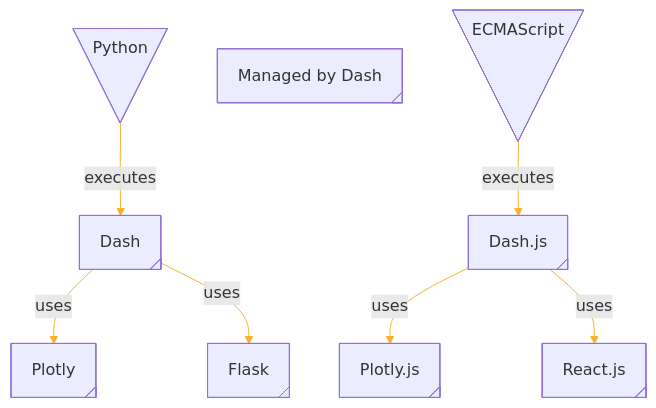
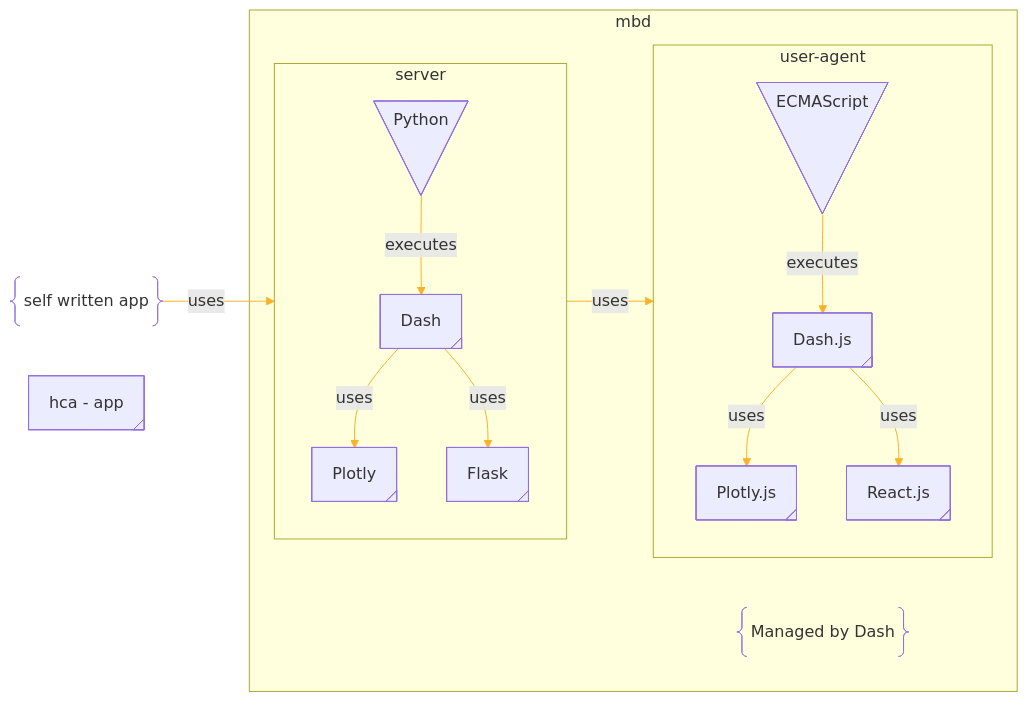
Before and after one commit to SchrodtSven/hca: the diagram in doq/dash_worx.md, drawn with Mermaid.

Commit message:
Adding diagrams, change log, cleaning code

````diff
--- a/doq/dash_worx.md
+++ b/doq/dash_worx.md
@@ -1,37 +1,55 @@
 ```mermaid
 ---
 config:
   look: default
   theme: handDrawn
   themeVariables:
     primaryColor: '#BB2528'
     primaryTextColor: '#fff'
     primaryBorderColor: '#7C0000'
     lineColor: '#F8B229'
     secondaryColor: '#006100'
     tertiaryColor: '#fff'
 ---
-flowchart TD
+flowchart LR
+    app_hca@{ shape: braces, label: "self written app"}
+   
     A@{ shape: manual-file, label: "Python"}
     B@{ shape: tag-rect, label: "Dash"}
     C@{ shape: tag-rect, label: "Plotly"}
     D@{ shape: tag-rect, label: "Flask"}
-    E@{ shape: tag-rect, label: "Managed by Dash"}
+    E@{ shape: braces, label: "Managed by Dash"}
+    
+    F@{ shape: tag-rect, label: "hca - app"}
+    app_hca-- uses -->server--  uses -->user-agent
+    F
+  
+   subgraph mbd
+      E
+      
 
+      subgraph server
+        A-- executes -->B
+        B-- uses -->C
+        B-- uses -->D
+        
+      end
 
-    A-- executes -->B
-    B-- uses -->C
-    B-- uses -->D
+      
+      js@{ shape: manual-file, label: "ECMAScript"}
+      d_js@{ shape: tag-rect, label: "Dash.js"}
+      p_js@{ shape: tag-rect, label: "Plotly.js"}
+      r_js@{ shape: tag-rect, label: "React.js"}
 
-
-    js@{ shape: manual-file, label: "ECMAScript"}
-    d_js@{ shape: tag-rect, label: "Dash.js"}
-    p_js@{ shape: tag-rect, label: "Plotly.js"}
-    r_js@{ shape: tag-rect, label: "React.js"}
-
-    js-- executes -->d_js
-    d_js-- uses -->p_js
-    d_js-- uses -->r_js
-
+      subgraph user-agent
+        js-- executes -->d_js
+        d_js-- uses -->p_js
+        d_js-- uses -->r_js
+       
+      end
+  end
+    
+   
+    
 
 ```
````
